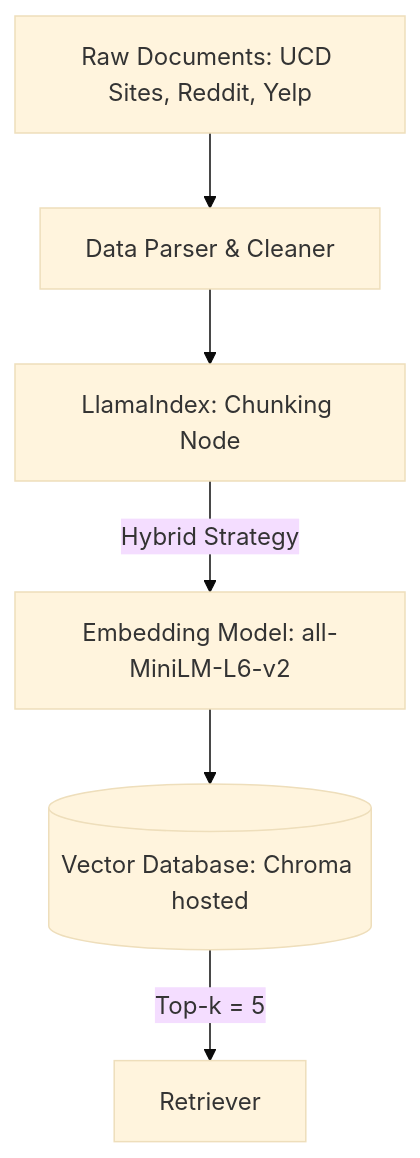
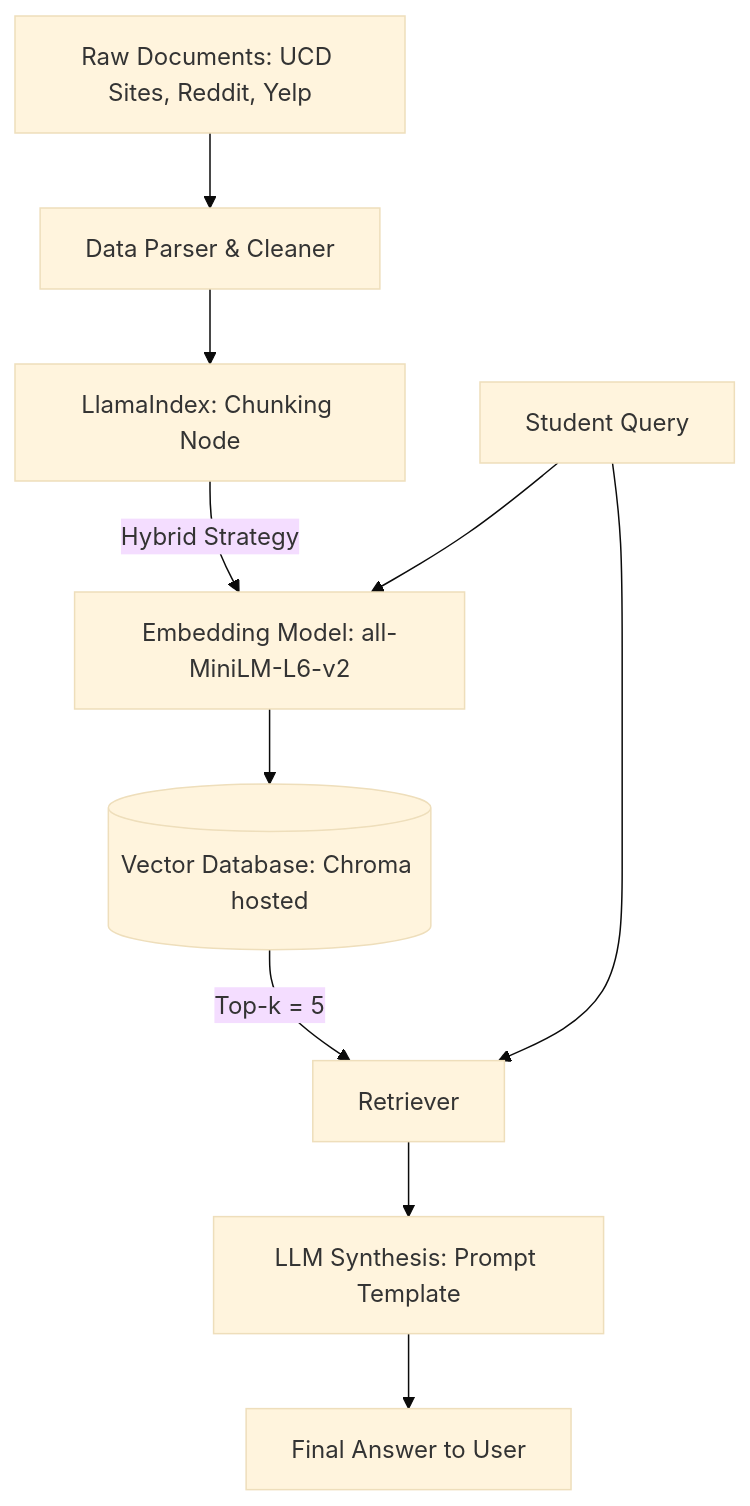
The diagram in planning.md (opatki/Production_RAG_System), drawn with Mermaid (base theme) before and after one commit.

Commit message:
Add student query flow to planning diagram

````diff
--- a/planning.md
+++ b/planning.md
@@ -108,8 +108,12 @@
 ```mermaid
   graph TD;
       A[Raw Documents: UCD Sites, Reddit, Yelp] --> B[Data Parser & Cleaner];
       B --> C[LlamaIndex: Chunking Node];
       C -->|Hybrid Strategy| D[Embedding Model: all-MiniLM-L6-v2];
       D --> E[(Vector Database: Chroma hosted)];
       E -->|Top-k = 5| F[Retriever];
+      G[Student Query] --> D
+      G --> F
+      F --> H[LLM Synthesis: Prompt Template]
+      H --> I[Final Answer to User]
 ```
````
